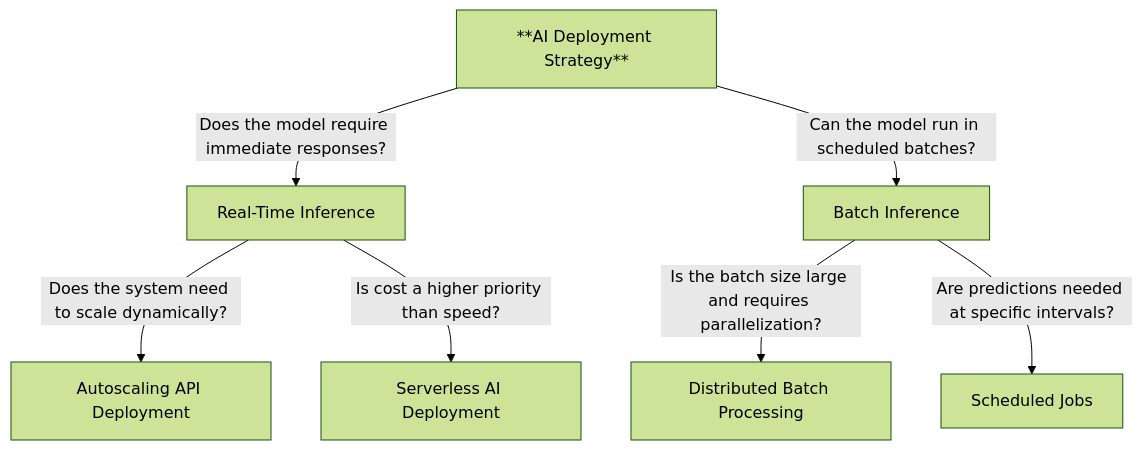
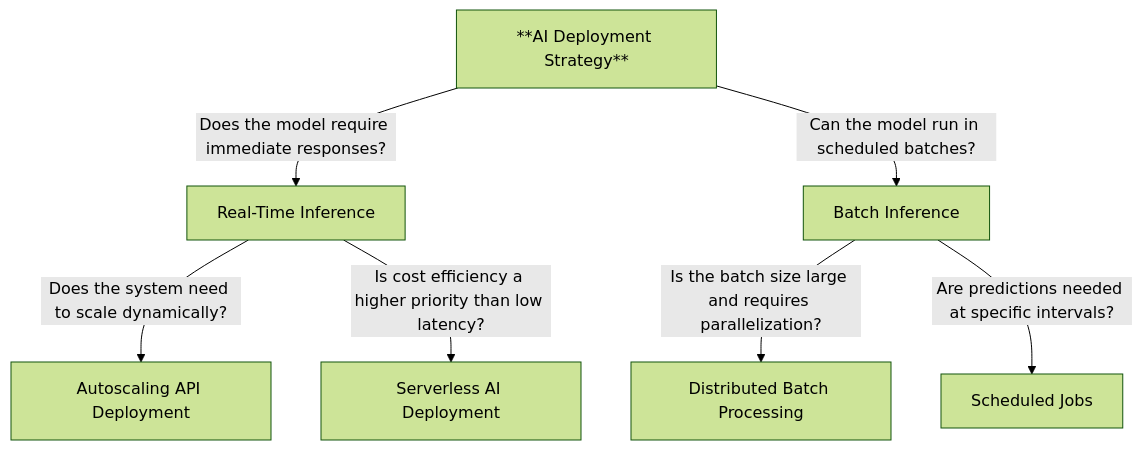
One commit to ga-curriculum/ai-model-deployment changed the second of 3 diagrams in microlesson-02/README.md. Above: the diagram before and after it, drawn with Mermaid (forest theme). The commit also changed other lines of this file, not shown here.

```diff
--- a/microlesson-02/README.md
+++ b/microlesson-02/README.md
@@ -29,9 +29,9 @@
 <div class="mermaid">
 graph TD;
     A[**AI Deployment Strategy**] -->|Does the model require immediate responses?| B[Real-Time Inference];
     A -->|Can the model run in scheduled batches?| C[Batch Inference];
     B -->|Does the system need to scale dynamically?| D[Autoscaling API Deployment];
-    B -->|Is cost a higher priority than speed?| E[Serverless AI Deployment];
+    B -->|Is cost efficiency a higher priority than low latency?  | E[Serverless AI Deployment];
     C -->|Is the batch size large and requires parallelization?| F[Distributed Batch Processing];
     C -->|Are predictions needed at specific intervals?| G[Scheduled Jobs];
 </div>
```
